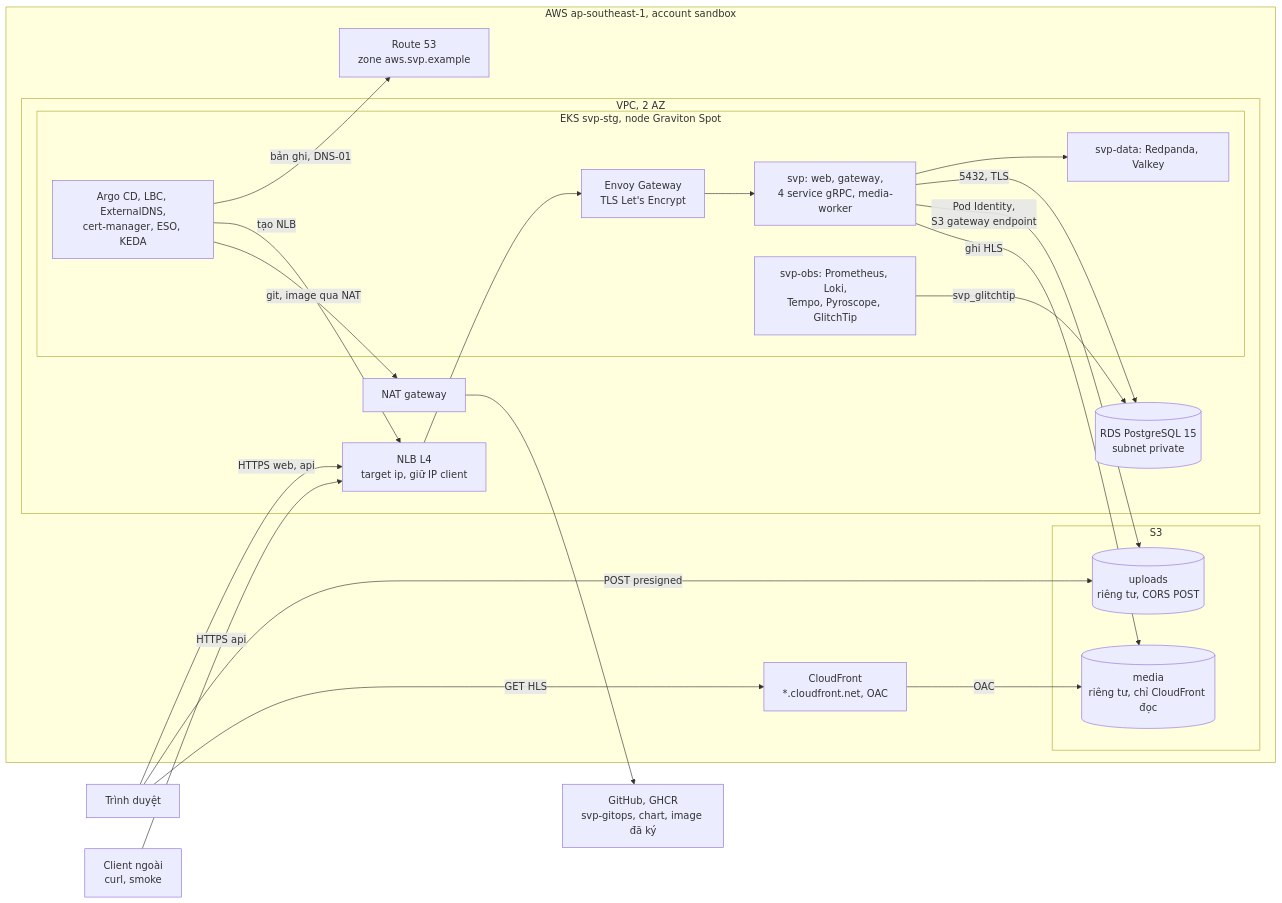
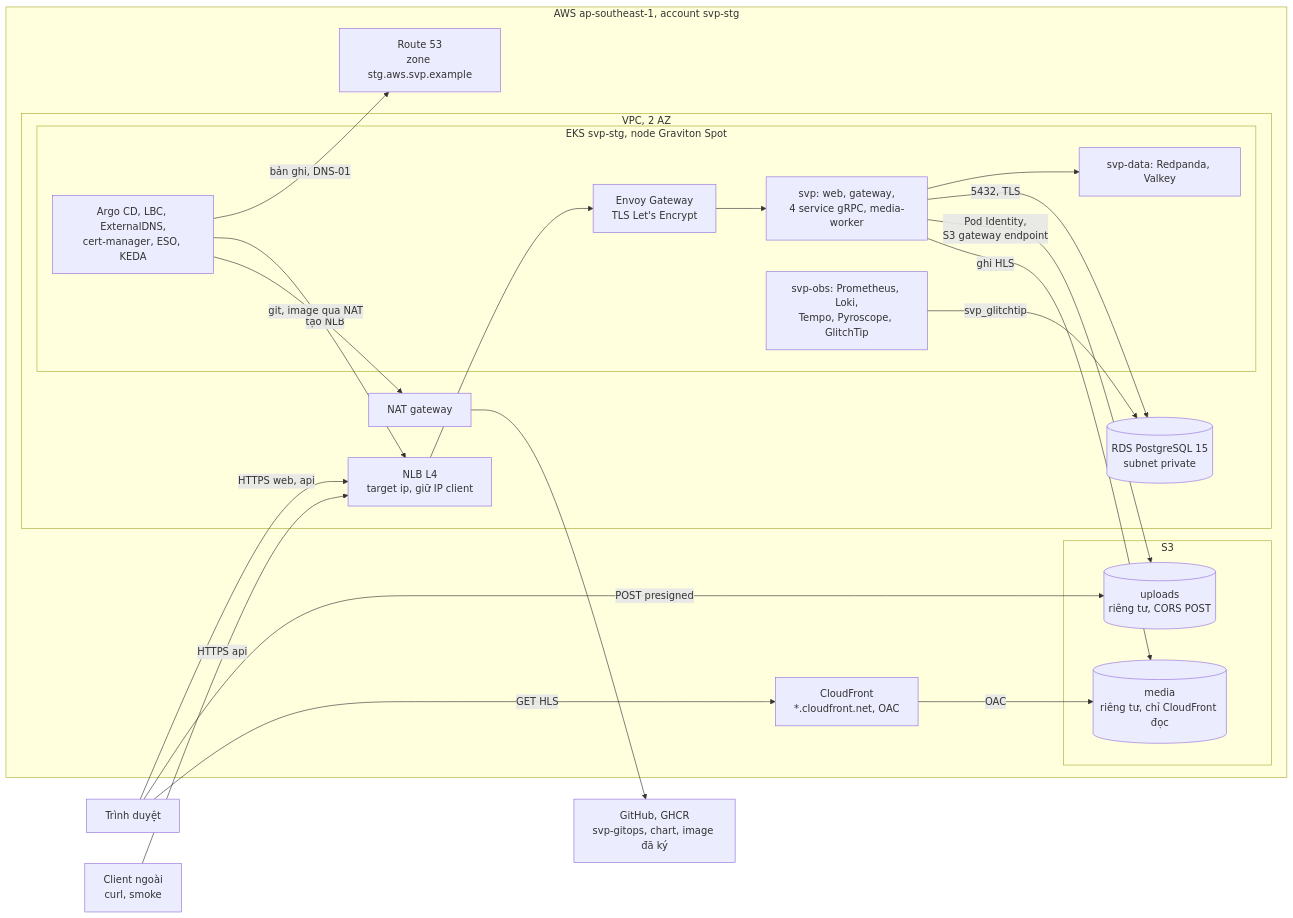
One commit to anhnvcoder/svp-backend changed the second of 2 diagrams in docs/explanation/deployment.md. Above: the diagram before and after it, drawn with Mermaid. The commit also changed 4 other files, not shown here.

Commit message:
docs(adr): ADR-0051 DNS zone gốc ở prd, stg là zone con

````diff
--- a/docs/explanation/deployment.md
+++ b/docs/explanation/deployment.md
@@ -183,42 +183,42 @@
 ```mermaid
 flowchart LR
     browser["Trình duyệt"]
     client["Client ngoài<br/>curl, smoke"]
     gh["GitHub, GHCR<br/>svp-gitops, chart, image đã ký"]
-    subgraph aws["AWS ap-southeast-1, account sandbox"]
-        r53["Route 53<br/>zone aws.svp.example"]
+    subgraph aws["AWS ap-southeast-1, account svp-stg"]
+        r53["Route 53<br/>zone stg.aws.svp.example"]
         cf["CloudFront<br/>*.cloudfront.net, OAC"]
         subgraph s3["S3"]
             up[("uploads<br/>riêng tư, CORS POST")]
             media[("media<br/>riêng tư, chỉ CloudFront đọc")]
         end
         subgraph vpc["VPC, 2 AZ"]
             nlb["NLB L4<br/>target ip, giữ IP client"]
             nat["NAT gateway"]
             rds[("RDS PostgreSQL 15<br/>subnet private")]
             subgraph eks["EKS svp-stg, node Graviton Spot"]
                 envoy["Envoy Gateway<br/>TLS Let's Encrypt"]
                 app["svp: web, gateway,<br/>4 service gRPC, media-worker"]
                 data["svp-data: Redpanda, Valkey"]
                 obs["svp-obs: Prometheus, Loki,<br/>Tempo, Pyroscope, GlitchTip"]
                 ctl["Argo CD, LBC, ExternalDNS,<br/>cert-manager, ESO, KEDA"]
             end
         end
     end
     browser -->|"HTTPS web, api"| nlb
     client -->|"HTTPS api"| nlb
     nlb --> envoy
     envoy --> app
     app --> data
     app -->|"5432, TLS"| rds
     obs -->|"svp_glitchtip"| rds
     app -->|"Pod Identity,<br/>S3 gateway endpoint"| up
     app -->|"ghi HLS"| media
     browser -->|"POST presigned"| up
     browser -->|"GET HLS"| cf
     cf -->|"OAC"| media
     ctl -->|"bản ghi, DNS-01"| r53
     ctl -->|"tạo NLB"| nlb
     ctl -->|"git, image qua NAT"| nat
     nat --> gh
 ```
````
